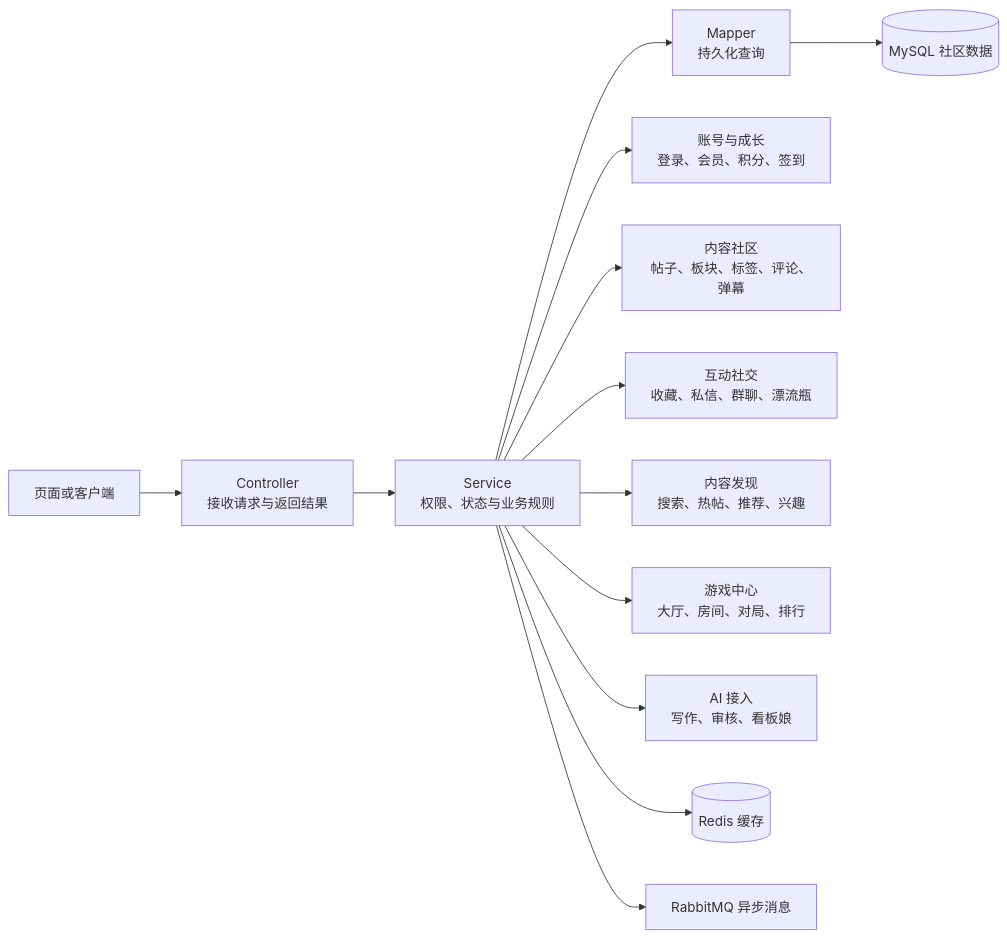
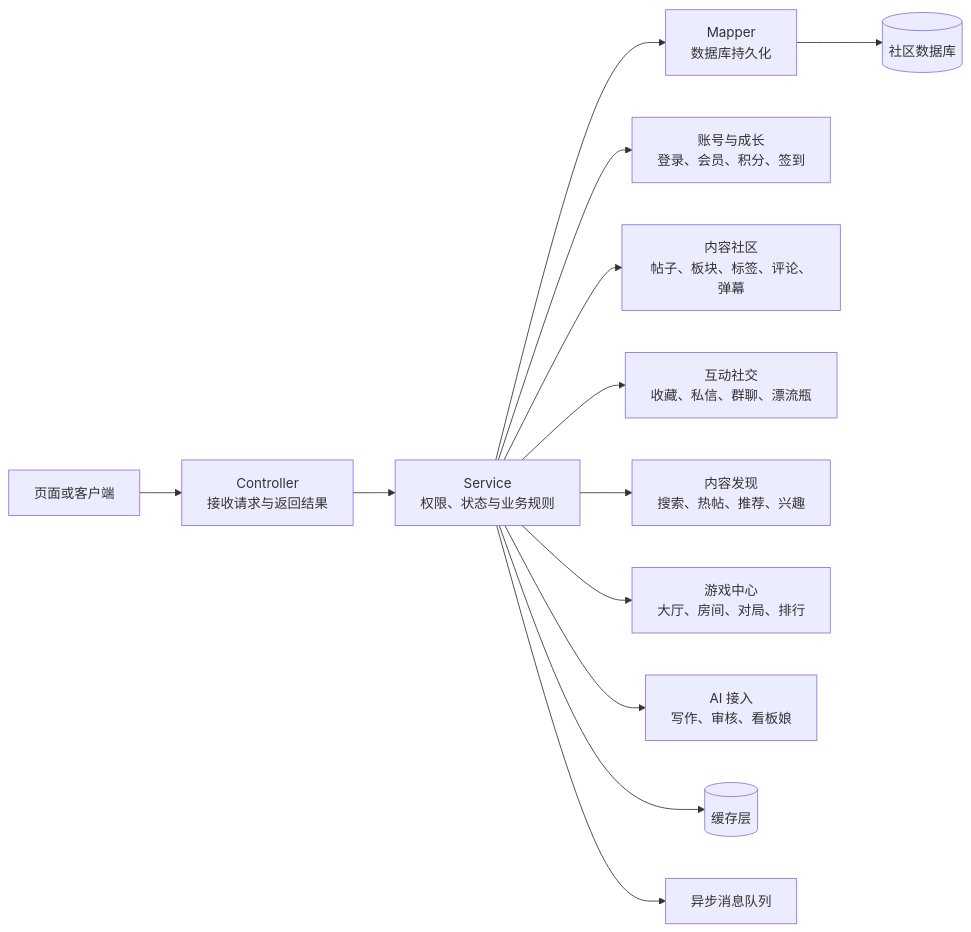
Before and after one commit to pluchon/mengmeng_forum: the second of 19 diagrams in README.md, drawn with Mermaid. The commit also changed other lines of this file, not shown here.

````diff
--- a/README.md
+++ b/README.md
@@ -50,15 +73,15 @@
 ```mermaid
 flowchart LR
   U["页面或客户端"] --> C["Controller<br/>接收请求与返回结果"]
   C --> S["Service<br/>权限、状态与业务规则"]
-  S --> MP["Mapper<br/>持久化查询"]
-  MP --> DB[("MySQL 社区数据")]
+  S --> MP["Mapper<br/>数据库持久化"]
+  MP --> DB[("社区数据库")]
   S --> USER["账号与成长<br/>登录、会员、积分、签到"]
   S --> ARTICLE["内容社区<br/>帖子、板块、标签、评论、弹幕"]
   S --> SOCIAL["互动社交<br/>收藏、私信、群聊、漂流瓶"]
   S --> DISCOVER["内容发现<br/>搜索、热帖、推荐、兴趣"]
   S --> GAME["游戏中心<br/>大厅、房间、对局、排行"]
   S --> AI["AI 接入<br/>写作、审核、看板娘"]
-  S --> R[("Redis 缓存")]
-  S --> MQ["RabbitMQ 异步消息"]
+  S --> R[("缓存层")]
+  S --> MQ["异步消息队列"]
 ```
````
